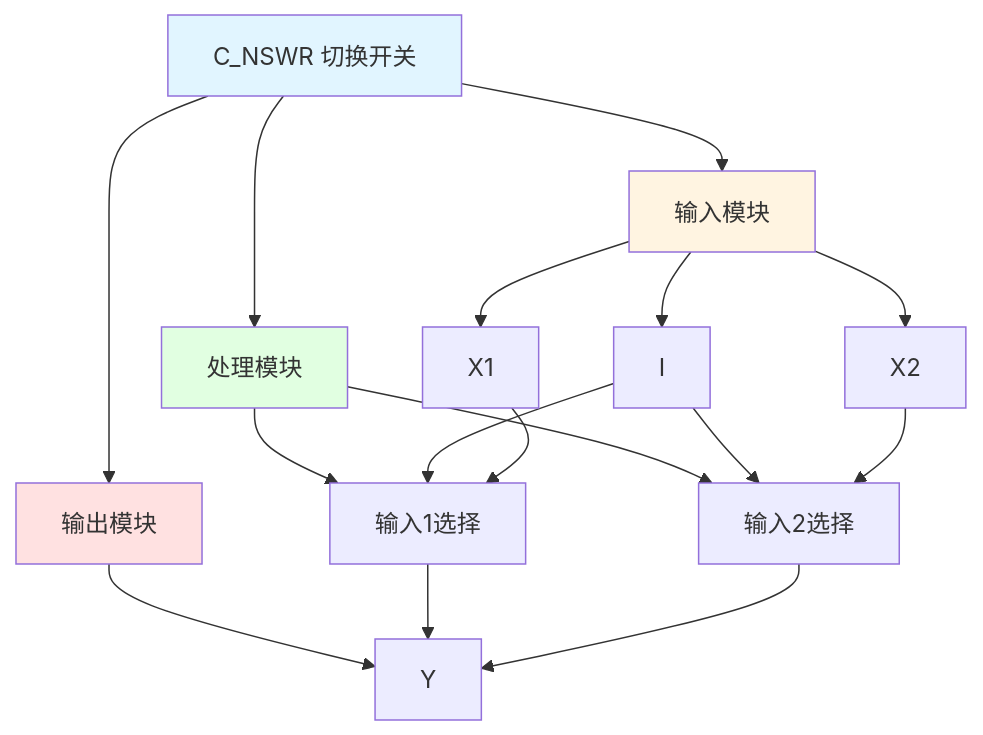
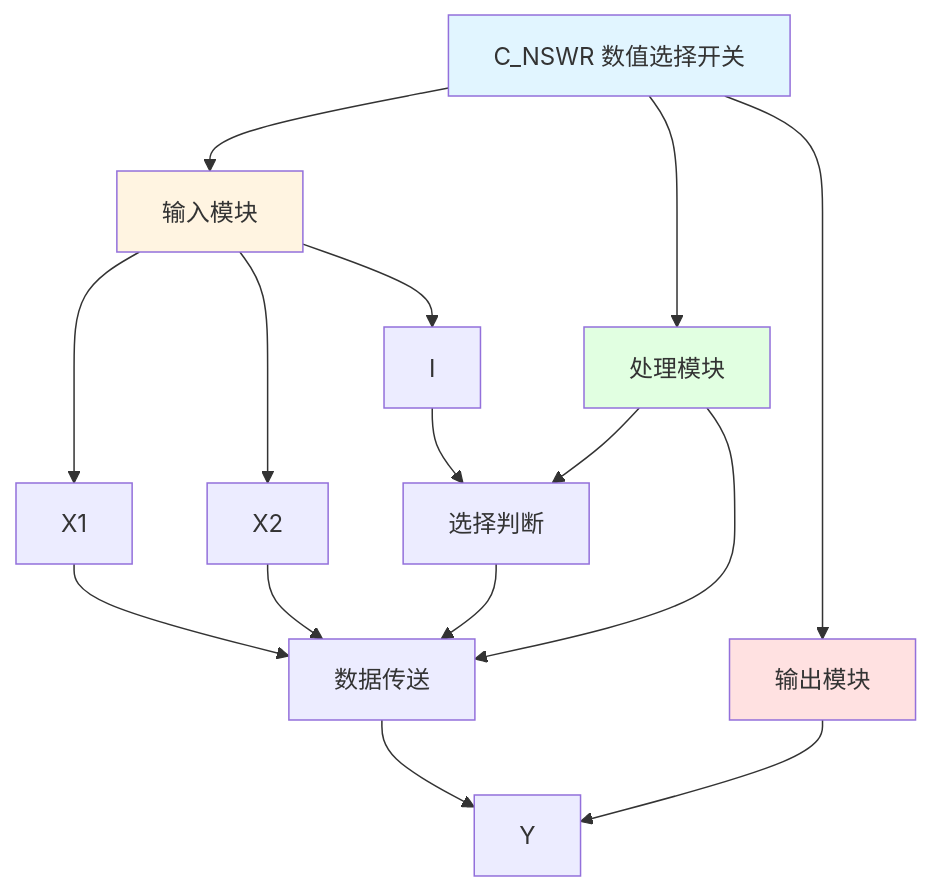
The diagram in C_NSWR_分析报告.md (dlgt6/c), drawn with Mermaid before and after one commit. The commit also changed other lines of this file and 46 other files, not shown here.

````diff
--- a/C_NSWR_分析报告.md
+++ b/C_NSWR_分析报告.md
@@ -19,27 +32,26 @@
 ```mermaid
 graph TD
-    A[C_NSWR 切换开关] --> B[输入模块]
+    A[C_NSWR 数值选择开关] --> B[输入模块]
     A --> C[处理模块]
     A --> D[输出模块]
     
-    B --> B1[I]
-    B --> B2[X1]
-    B --> B3[X2]
+    B --> B1[X1]
+    B --> B2[X2]
+    B --> B3[I]
     
-    C --> C1[输入1选择]
-    C --> C2[输入2选择]
+    C --> C1[选择判断]
+    C --> C2[数据传送]
     
     D --> D1[Y]
     
-    B1 --> C1
-    B2 --> C1
+    B3 --> C1
     B1 --> C2
-    B3 --> C2
-    C1 --> D1
+    B2 --> C2
+    C1 --> C2
     C2 --> D1
     
     style A fill:#e1f5ff
     style B fill:#fff4e1
     style C fill:#e1ffe1
     style D fill:#ffe1e1
 ```
````
